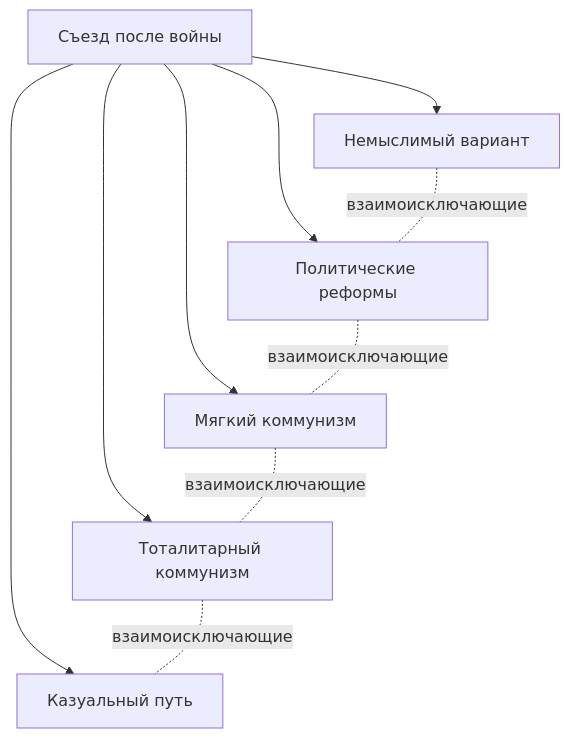
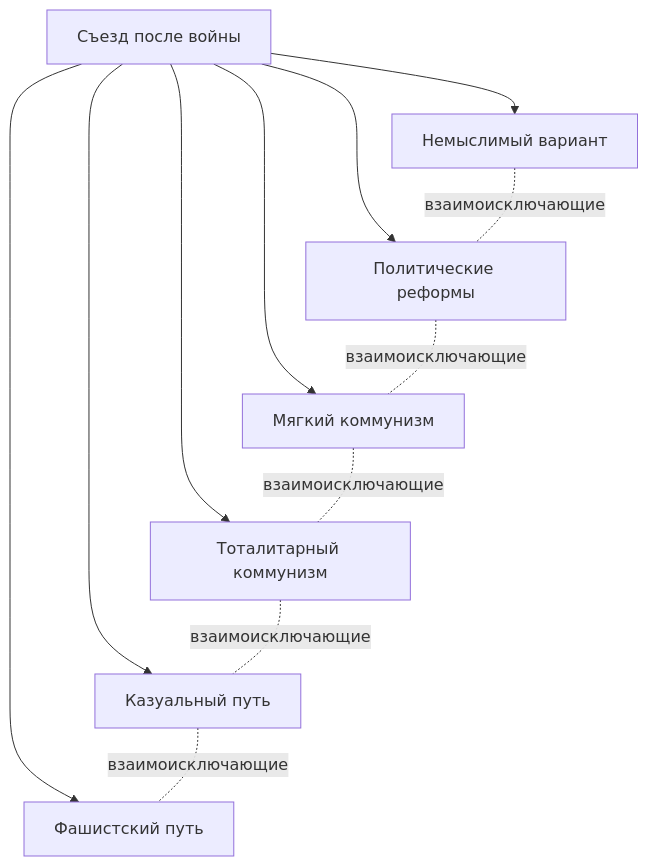
The second of 14 diagrams in docs/focuses/Soviet-Union-Focus-Tree.md (CatShredia/casuality-mod), drawn with Mermaid before and after one commit. The commit also changed other lines of this file and 3 other files, not shown here.

````diff
--- a/docs/focuses/Soviet-Union-Focus-Tree.md
+++ b/docs/focuses/Soviet-Union-Focus-Tree.md
@@ -47,12 +49,14 @@
 ```mermaid
 flowchart TD
     P0["Съезд после войны"] --> P1["Немыслимый вариант"]
     P0 --> P2["Политические реформы"]
     P0 --> P3["Мягкий коммунизм"]
     P0 --> P4["Тоталитарный коммунизм"]
     P0 --> P5["Казуальный путь"]
+    P0 --> P6["Фашистский путь"]
     P1 -. "взаимоисключающие" .- P2
     P2 -. "взаимоисключающие" .- P3
     P3 -. "взаимоисключающие" .- P4
     P4 -. "взаимоисключающие" .- P5
+    P5 -. "взаимоисключающие" .- P6
 ```
````
